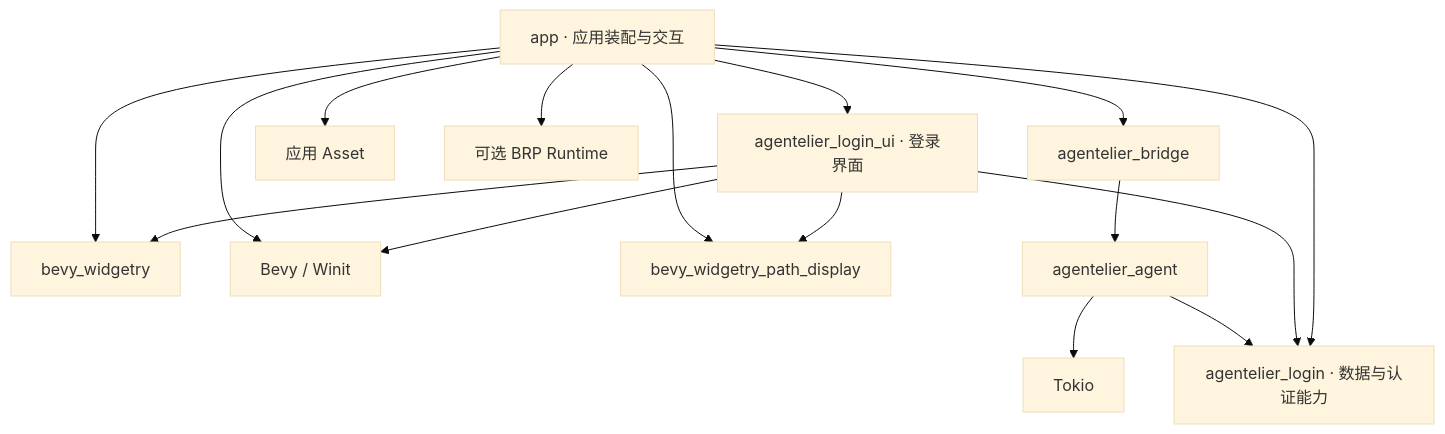
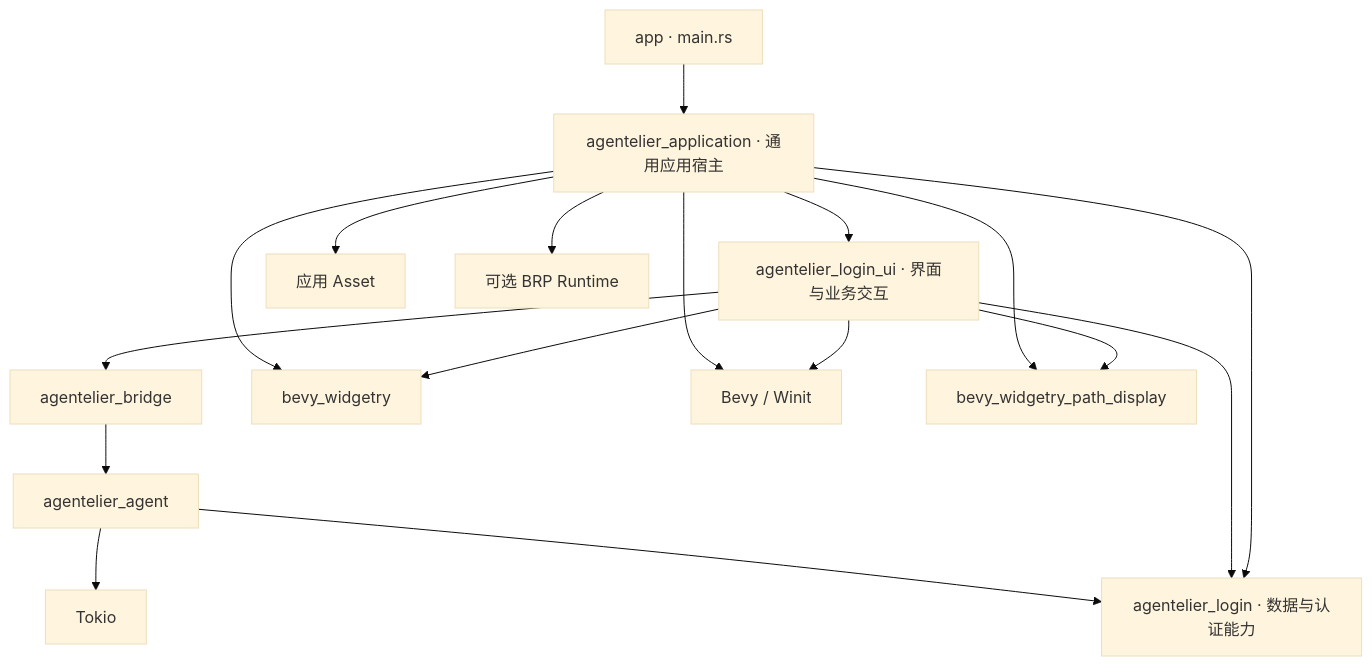
The second of 4 diagrams in docs/design/architecture.md (slc90/Agentelier), drawn with Mermaid (base theme) before and after one commit. The commit also changed other lines of this file and 24 other files, not shown here.

First line of the commit message:
Keep the executable entry thin and move application features into crates

````diff
--- a/docs/design/architecture.md
+++ b/docs/design/architecture.md
@@ -72,18 +72,19 @@
 ```mermaid
 flowchart TD
-    App["app · 应用装配与交互"] --> Bridge["agentelier_bridge"]
-    App --> LoginUI["agentelier_login_ui · 登录界面"]
+    Entry["app · main.rs"] --> App["agentelier_application · 通用应用宿主"]
+    App --> LoginUI["agentelier_login_ui · 界面与业务交互"]
     App --> Login["agentelier_login · 数据与认证能力"]
+    LoginUI --> Bridge["agentelier_bridge"]
     LoginUI --> Login
     LoginUI --> Widgetry
     LoginUI --> Bevy
     LoginUI --> PathDisplay["bevy_widgetry_path_display"]
     App --> PathDisplay
     Bridge --> Agent["agentelier_agent"]
     Agent --> Tokio["Tokio"]
     Agent --> Login
     App --> Widgetry["bevy_widgetry"]
     App --> Assets["应用 Asset"]
     App --> BRP["可选 BRP Runtime"]
     App --> Bevy["Bevy / Winit"]
 ```
````
